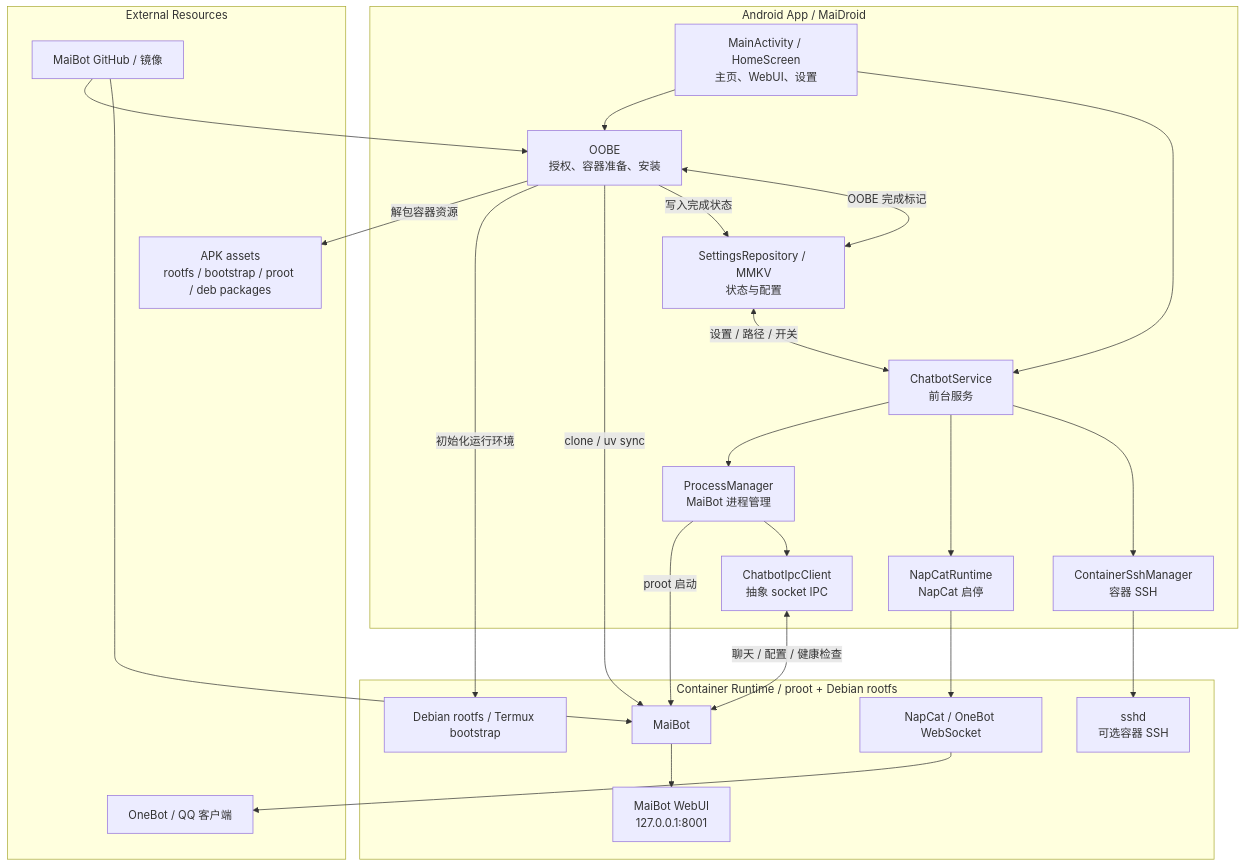
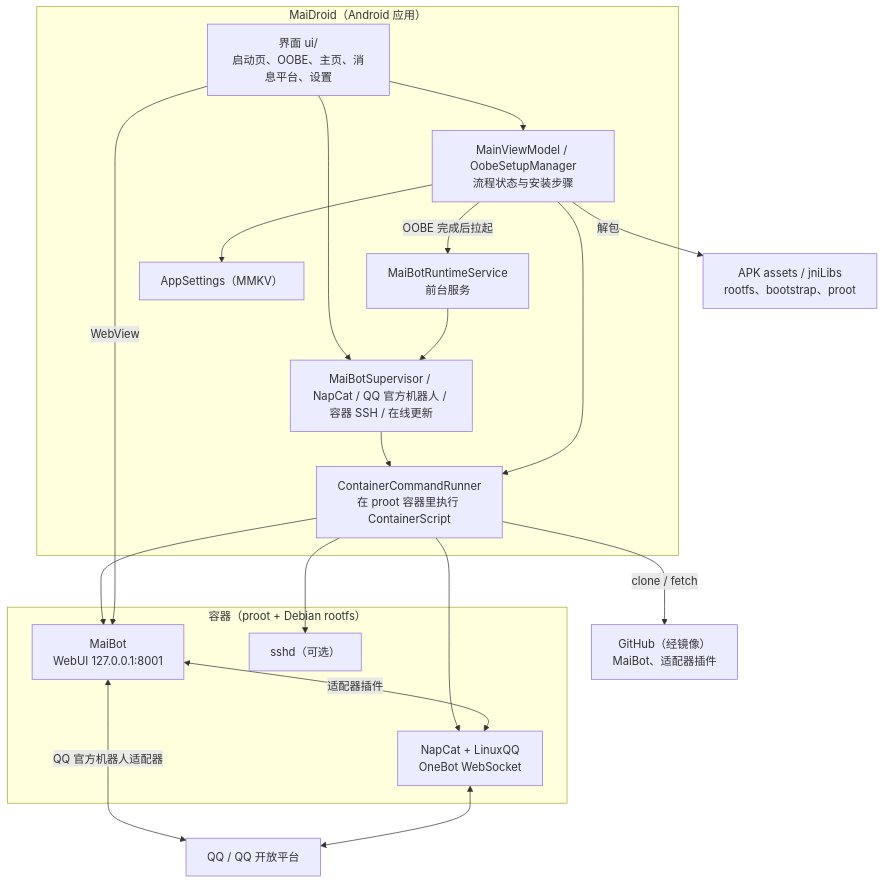
The diagram in README.md (Mai-with-u/MaiDroid), drawn with Mermaid before and after one commit. The commit also changed other lines of this file and 2 other files, not shown here.

Commit message:
docs: 新增架构总览与容器运行时文档，README 架构图和项目结构按重构后更新
- docs/architecture.md：分层、各包职责与命名约定、AppContainer、启动流程、前台服务与三个长驻进程、持久化键、日志、WebUI 嵌入
- docs/container-runtime.md：随包资源、文件布局、proot 命令与 ContainerScript、就绪检查、OOBE 每一步、GitHub 镜像、
  proot 下 git 的坑、uv 参数、协议 hash、在线更新、容器 SSH
- README 去掉已删除的 ChatbotService、ProcessManager、IPC 客户端等旧名字，换成现在的架构图和包表，并链接到开发文档

````diff
--- a/README.md
+++ b/README.md
@@ -36,53 +34,38 @@
 ```mermaid
 flowchart TB
-    subgraph Android["Android App / MaiDroid"]
-        OOBE["OOBE\n授权、容器准备、安装"]
-        UI["MainActivity / HomeScreen\n主页、WebUI、设置"]
-        Service["ChatbotService\n前台服务"]
-        PM["ProcessManager\nMaiBot 进程管理"]
-        SSH["ContainerSshManager\n容器 SSH"]
-        NapCatCtl["NapCatRuntime\nNapCat 启停"]
-        IPC["ChatbotIpcClient\n抽象 socket IPC"]
-        Storage["SettingsRepository / MMKV\n状态与配置"]
+    subgraph Android["MaiDroid（Android 应用）"]
+        UI["界面 ui/\n启动页、OOBE、主页、消息平台、设置"]
+        VM["MainViewModel / OobeSetupManager\n流程状态与安装步骤"]
+        Service["MaiBotRuntimeService\n前台服务"]
+        Modules["MaiBotSupervisor / NapCat / QQ 官方机器人 / 容器 SSH / 在线更新"]
+        Runner["ContainerCommandRunner\n在 proot 容器里执行 ContainerScript"]
+        Settings["AppSettings（MMKV）"]
     end
 
-    subgraph Runtime["Container Runtime / proot + Debian rootfs"]
-        Rootfs["Debian rootfs / Termux bootstrap"]
-        MaiBot["MaiBot"]
-        WebUI["MaiBot WebUI\n127.0.0.1:8001"]
-        NapCat["NapCat / OneBot WebSocket"]
-        SSHD["sshd\n可选容器 SSH"]
+    subgraph Container["容器（proot + Debian rootfs）"]
+        MaiBot["MaiBot\nWebUI 127.0.0.1:8001"]
+        NapCat["NapCat + LinuxQQ\nOneBot WebSocket"]
+        SSHD["sshd（可选）"]
     end
 
-    subgraph External["External Resources"]
-        Assets["APK assets\nrootfs / bootstrap / proot / deb packages"]
-        GitHub["MaiBot GitHub / 镜像"]
-        OneBot["OneBot / QQ 客户端"]
-    end
+    Assets["APK assets / jniLibs\nrootfs、bootstrap、proot"]
+    GitHub["GitHub（经镜像）\nMaiBot、适配器插件"]
+    QQ["QQ / QQ 开放平台"]
 
-    UI --> OOBE
-    UI --> Service
-
-    OOBE -->|解包容器资源| Assets
-    OOBE -->|初始化运行环境| Rootfs
-    OOBE -->|clone / uv sync| MaiBot
-    OOBE -->|写入完成状态| Storage
-
-    Service --> PM
-    Service --> NapCatCtl
-    Service --> SSH
-
-    PM -->|proot 启动| MaiBot
-    PM --> IPC
-    IPC <-->|聊天 / 配置 / 健康检查| MaiBot
-
-    NapCatCtl --> NapCat
-    NapCat --> OneBot
-    SSH --> SSHD
-
-    MaiBot --> WebUI
-    GitHub --> OOBE
-    GitHub --> MaiBot
-    Storage <-->|设置 / 路径 / 开关| Service
-    Storage <-->|OOBE 完成标记| OOBE
+    UI --> VM
+    VM -->|OOBE 完成后拉起| Service
+    UI --> Modules
+    Service --> Modules
+    Modules --> Runner
+    VM --> Runner
+    Runner --> MaiBot
+    Runner --> NapCat
+    Runner --> SSHD
+    VM -->|解包| Assets
+    Runner -->|clone / fetch| GitHub
+    MaiBot <-->|适配器插件| NapCat
+    MaiBot <-->|QQ 官方机器人适配器| QQ
+    NapCat <--> QQ
+    UI -->|WebView| MaiBot
+    VM --> Settings
 ```
````
